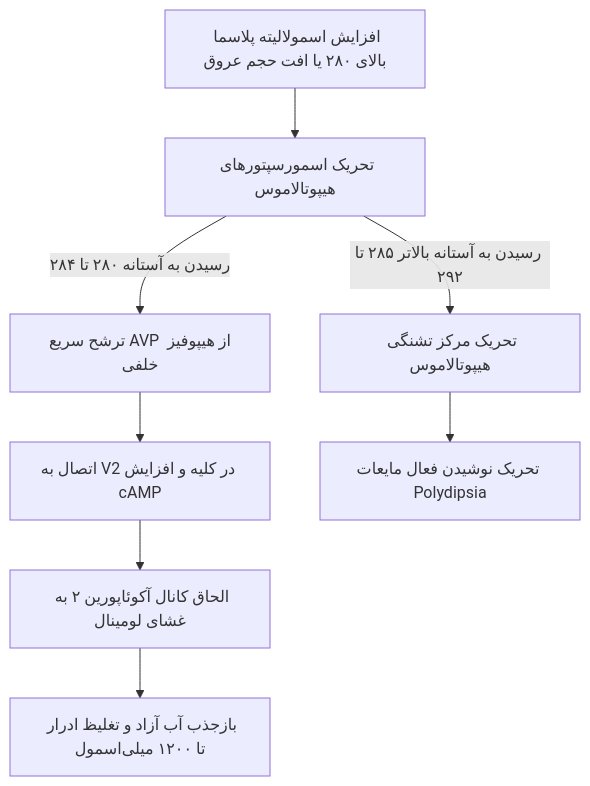
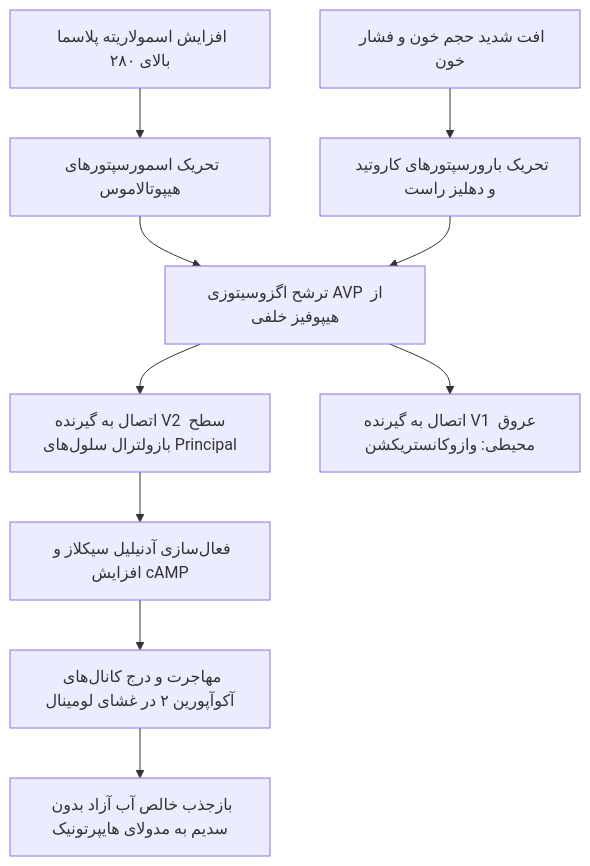
The first of 5 diagrams in 07/مبانی غدد/هیپوفیز خلفی.md (neopulse-hub/TUMS-1402-1-neo), drawn with Mermaid before and after one commit. The commit also changed other lines of this file and 5 other files, not shown here.

````diff
--- a/07/مبانی غدد/هیپوفیز خلفی.md
+++ b/07/مبانی غدد/هیپوفیز خلفی.md
@@ -48,12 +22,15 @@
 ```mermaid
 flowchart TD
-    HyperOsm[افزایش اسمولالیته پلاسما بالای ۲۸۰ یا افت حجم عروق] --> Osmoreceptor[تحریک اسمورسپتورهای هیپوتالاموس]
+    HyperOsm[افزایش اسمولاریته پلاسما بالای ۲۸۰] --> OsmRec[تحریک اسمورسپتورهای هیپوتالاموس]
+    HypoVol[افت شدید حجم خون و فشار خون] --> BaroRec[تحریک بارورسپتورهای کاروتید و دهلیز راست]
     
-    Osmoreceptor -->|رسیدن به آستانه ۲۸۰ تا ۲۸۴| SecretionAVP[ترشح سریع AVP از هیپوفیز خلفی]
-    SecretionAVP --> BindV2[اتصال به V2 در کلیه و افزایش cAMP]
-    BindV2 --> InsertAQP2[الحاق کانال آکوئاپورین ۲ به غشای لومینال]
-    InsertAQP2 --> ReabsorbWater[بازجذب آب آزاد و تغلیظ ادرار تا ۱۲۰۰ میلی‌اسمول]
+    OsmRec --> ReleaseAVP[ترشح اگزوسیتوزی AVP از هیپوفیز خلفی]
+    BaroRec --> ReleaseAVP
     
-    Osmoreceptor -->|رسیدن به آستانه بالاتر ۲۸۵ تا ۲۹۲| ThirstCenter[تحریک مرکز تشنگی هیپوتالاموس]
-    ThirstCenter --> Drink[تحریک نوشیدن فعال مایعات Polydipsia]
+    ReleaseAVP --> V2Action[اتصال به گیرنده V2 سطح بازولترال سلول‌های Principal]
+    ReleaseAVP --> V1Action[اتصال به گیرنده V1 عروق محیطی: وازوکانستریکشن]
+    
+    V2Action --> AdenylCyc[فعال‌سازی آدنیلیل سیکلاز و افزایش cAMP]
+    AdenylCyc --> Transloc[مهاجرت و درج کانال‌های آکوآپورین ۲ در غشای لومینال]
+    Transloc --> WaterReabs[بازجذب خالص آب آزاد بدون سدیم به مدولای هایپرتونیک]
 ```
````
